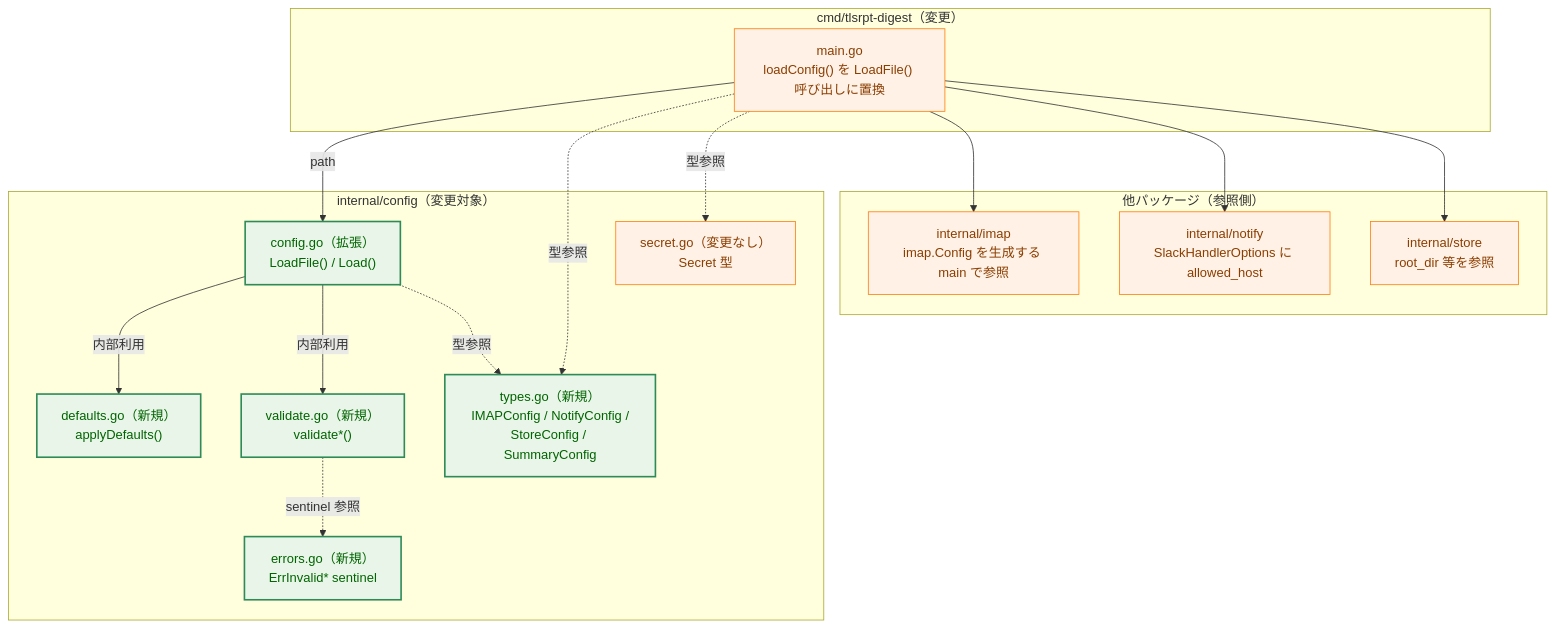
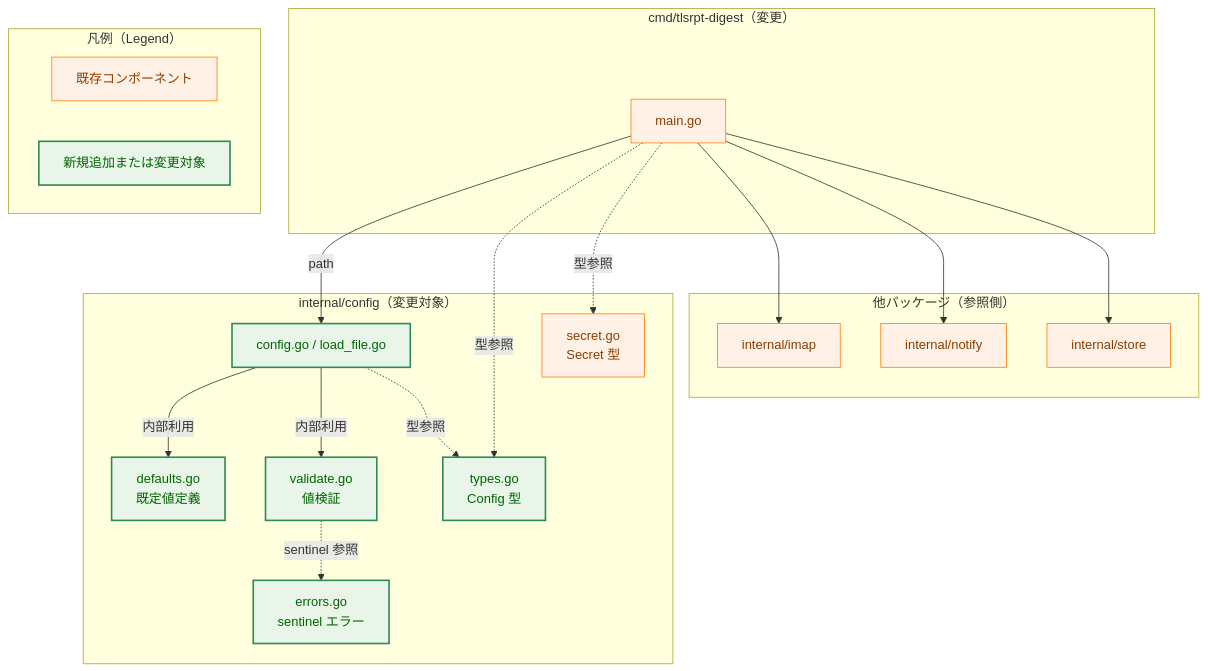
One commit to isseis/tlsrpt-digest changed the second of 6 diagrams in docs/tasks/0060_config/02_architecture.md. Above: the diagram before and after it, drawn with Mermaid. The commit also changed other lines of this file, not shown here.

First line of the commit message:
docs(task 0060): incorporate review revisions for config architecture

````diff
--- a/docs/tasks/0060_config/02_architecture.md
+++ b/docs/tasks/0060_config/02_architecture.md
@@ -64,39 +63,44 @@
 ```mermaid
 graph TB
     classDef data fill:#e6f7ff,stroke:#1f77b4,stroke-width:1px,color:#0b3d91;
     classDef process fill:#fff1e6,stroke:#ff7f0e,stroke-width:1px,color:#8a3e00;
     classDef enhanced fill:#e8f5e8,stroke:#2e8b57,stroke-width:2px,color:#006400;
 
     subgraph cmd_pkg ["cmd/tlsrpt-digest（変更）"]
-        Main["main.go<br>loadConfig() を LoadFile() 呼び出しに置換"]
+        Main["main.go"]
     end
 
     subgraph config_pkg ["internal/config（変更対象）"]
-        Loader["config.go（拡張）<br>LoadFile() / Load()"]
-        Types["types.go（新規）<br>IMAPConfig / NotifyConfig /<br>StoreConfig / SummaryConfig"]
-        Defaults["defaults.go（新規）<br>applyDefaults()"]
-        Validate["validate.go（新規）<br>validate*()"]
-        Errors["errors.go（新規）<br>ErrInvalid* sentinel"]
-        Secret["secret.go（変更なし）<br>Secret 型"]
+        Loader["config.go / load_file.go"]
+        Types["types.go<br>Config 型"]
+        Defaults["defaults.go<br>既定値定義"]
+        Validate["validate.go<br>値検証"]
+        Errors["errors.go<br>sentinel エラー"]
+        Secret["secret.go<br>Secret 型"]
     end
 
     subgraph external_pkgs ["他パッケージ（参照側）"]
-        Imap["internal/imap<br>imap.Config を生成する main で参照"]
-        Notify["internal/notify<br>SlackHandlerOptions に allowed_host"]
-        Store["internal/store<br>root_dir 等を参照"]
+        Imap["internal/imap"]
+        Notify["internal/notify"]
+        Store["internal/store"]
     end
 
     Main -->|"path"| Loader
     Loader -->|"内部利用"| Defaults
     Loader -->|"内部利用"| Validate
     Validate -.->|"sentinel 参照"| Errors
     Loader -.->|"型参照"| Types
     Main -.->|"型参照"| Types
     Main -.->|"型参照"| Secret
     Main --> Imap
     Main --> Notify
     Main --> Store
 
-    class Loader,Types,Defaults,Validate,Errors enhanced
-    class Secret,Main,Imap,Notify,Store process
+    subgraph Legend["凡例（Legend）"]
+        LProcess["既存コンポーネント"]
+        LEnhanced["新規追加または変更対象"]
+    end
+
+    class Loader,Types,Defaults,Validate,Errors,LEnhanced enhanced
+    class Secret,Main,Imap,Notify,Store,LProcess process
 ```
````
